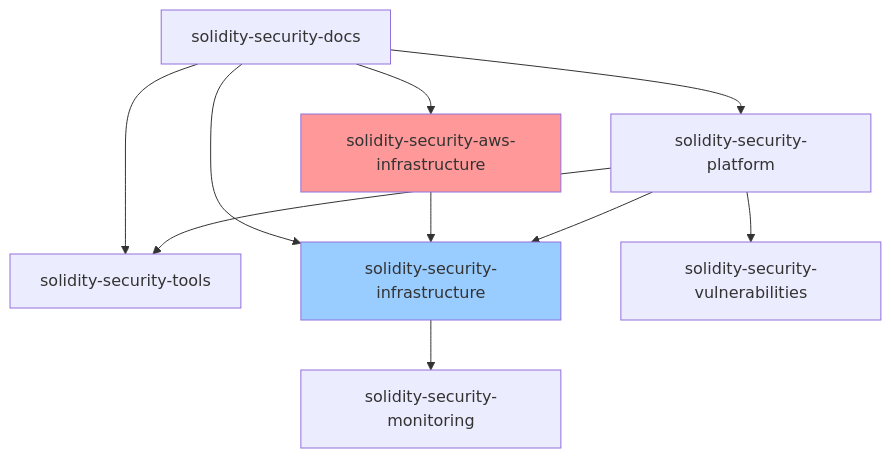
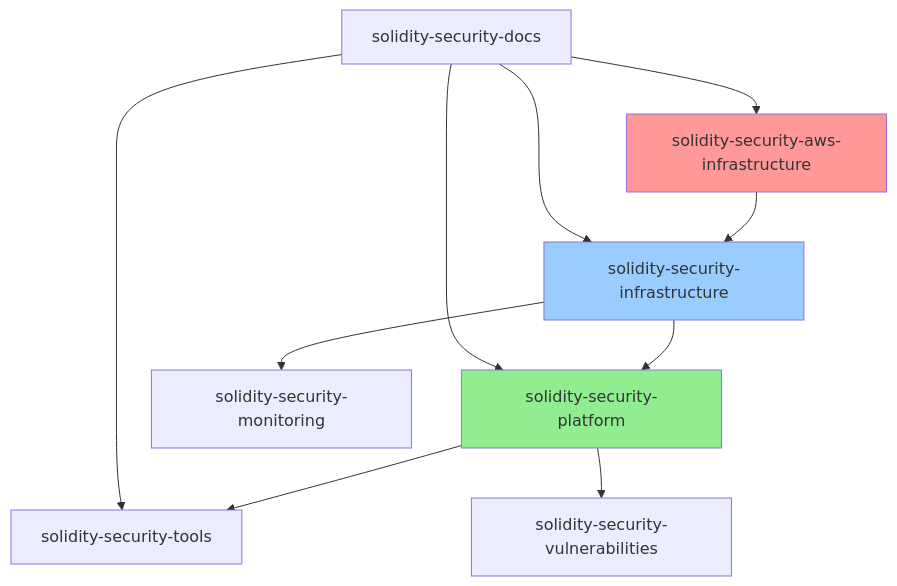
One commit to AdvancedBlockchainSecurity/docs changed the diagram in repos.md. Above: the diagram before and after it, drawn with Mermaid. The commit also changed other lines of this file and 2 other files, not shown here.

````diff
--- a/repos.md
+++ b/repos.md
@@ -503,15 +617,16 @@
 ```mermaid
 graph TB
     A[solidity-security-platform] --> B[solidity-security-tools]
-    A --> C[solidity-security-infrastructure]
     A --> F[solidity-security-vulnerabilities]
-    G[solidity-security-aws-infrastructure] --> C
+    G[solidity-security-aws-infrastructure] --> C[solidity-security-infrastructure]
+    C --> A
     C --> D[solidity-security-monitoring]
     E[solidity-security-docs] --> A
     E --> C
     E --> B
     E --> G
     
     style G fill:#ff9999
     style C fill:#99ccff
+    style A fill:#90EE90
 ```
````
